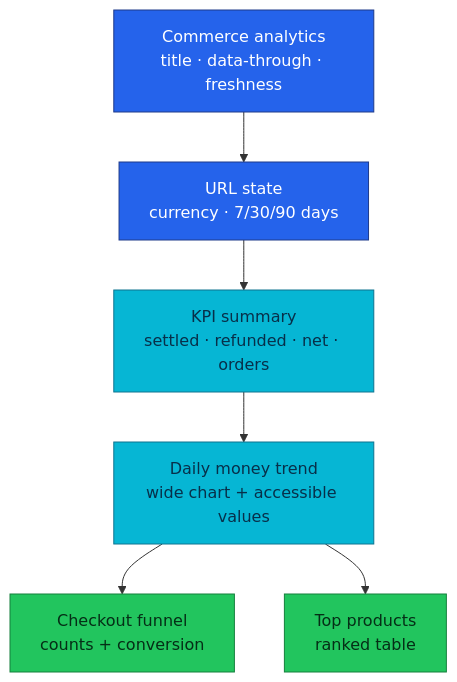
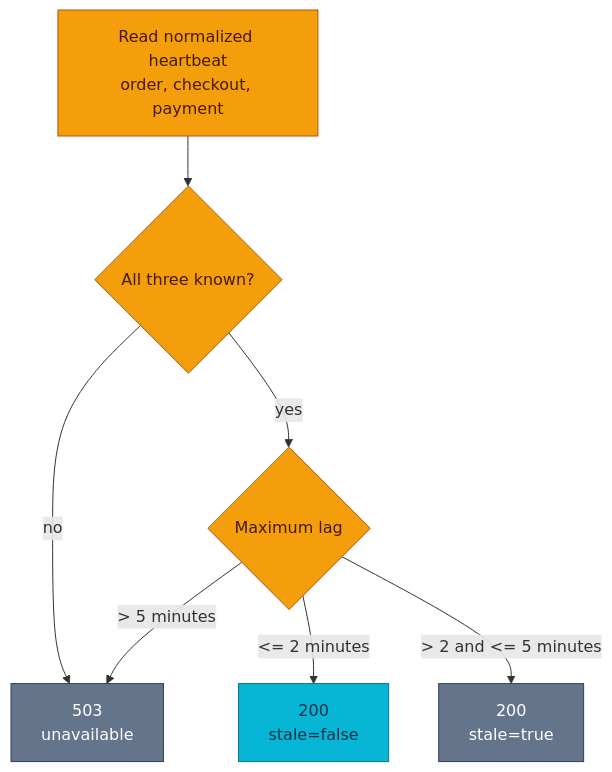
Before and after one commit to duyne-me/monitoring: the second of 2 diagrams in docs/proposals/rfc/RFC-0030/research.md, drawn with Mermaid. The commit also changed other lines of this file and 3 other files, not shown here.

````diff
--- a/docs/proposals/rfc/RFC-0030/research.md
+++ b/docs/proposals/rfc/RFC-0030/research.md
@@ -435,21 +355,23 @@
 ```mermaid
 flowchart TD
-  HEAD["Commerce analytics<br/>title · data-through · freshness"]
-  FILTER["URL state<br/>currency · 7/30/90 days"]
-  KPI["KPI summary<br/>settled · refunded · net · orders"]
-  TREND["Daily money trend<br/>wide chart + accessible values"]
-  FUNNEL["Checkout funnel<br/>counts + conversion"]
-  PRODUCTS["Top products<br/>ranked table"]
+  READ["Read normalized heartbeat<br/>order, checkout, payment"]
+  KNOWN{"All three known?"}
+  AGE{"Maximum lag"}
+  FRESH["200<br/>stale=false"]
+  STALE["200<br/>stale=true"]
+  DOWN["503<br/>unavailable"]
 
-  HEAD --> FILTER
-  FILTER --> KPI
-  KPI --> TREND
-  TREND --> FUNNEL & PRODUCTS
+  READ --> KNOWN
+  KNOWN -->|"no"| DOWN
+  KNOWN -->|"yes"| AGE
+  AGE -->|"<= 2 minutes"| FRESH
+  AGE -->|"> 2 and <= 5 minutes"| STALE
+  AGE -->|"> 5 minutes"| DOWN
 
-  classDef edge fill:#2563eb,color:#fff,stroke:#1e3a8a;
   classDef service fill:#06b6d4,color:#082f49,stroke:#0e7490;
-  classDef data fill:#22c55e,color:#052e16,stroke:#15803d;
-  class HEAD,FILTER edge;
-  class KPI,TREND service;
-  class FUNNEL,PRODUCTS data;
+  classDef worker fill:#f59e0b,color:#451a03,stroke:#b45309;
+  classDef external fill:#64748b,color:#fff,stroke:#334155;
+  class READ,KNOWN,AGE worker;
+  class FRESH service;
+  class STALE,DOWN external;
 ```
````
